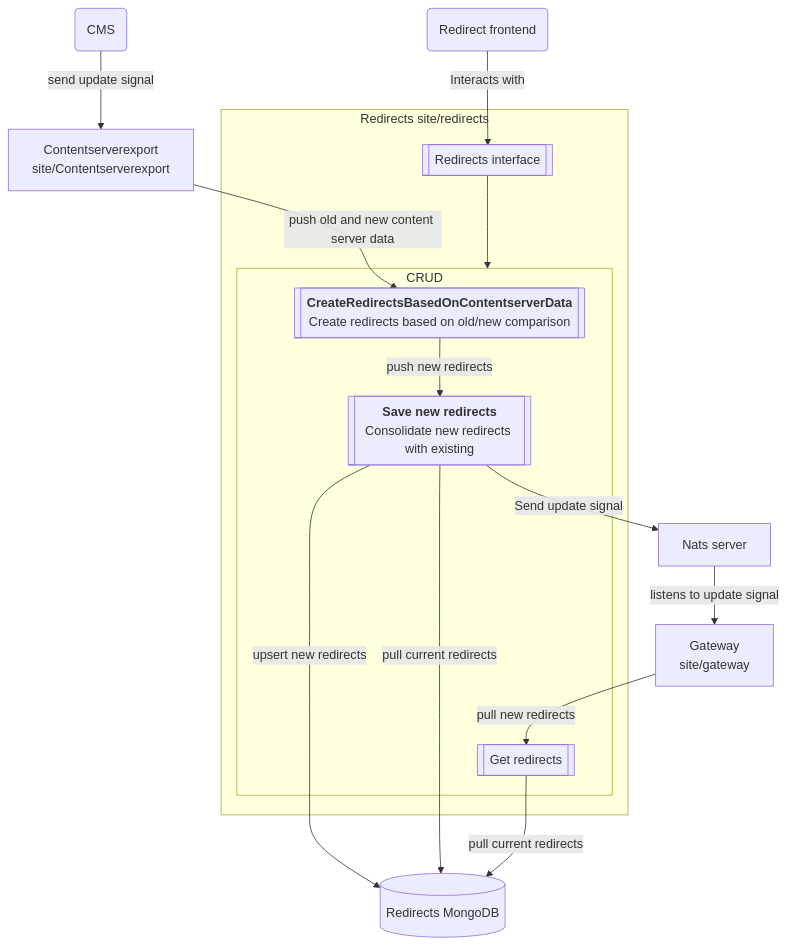
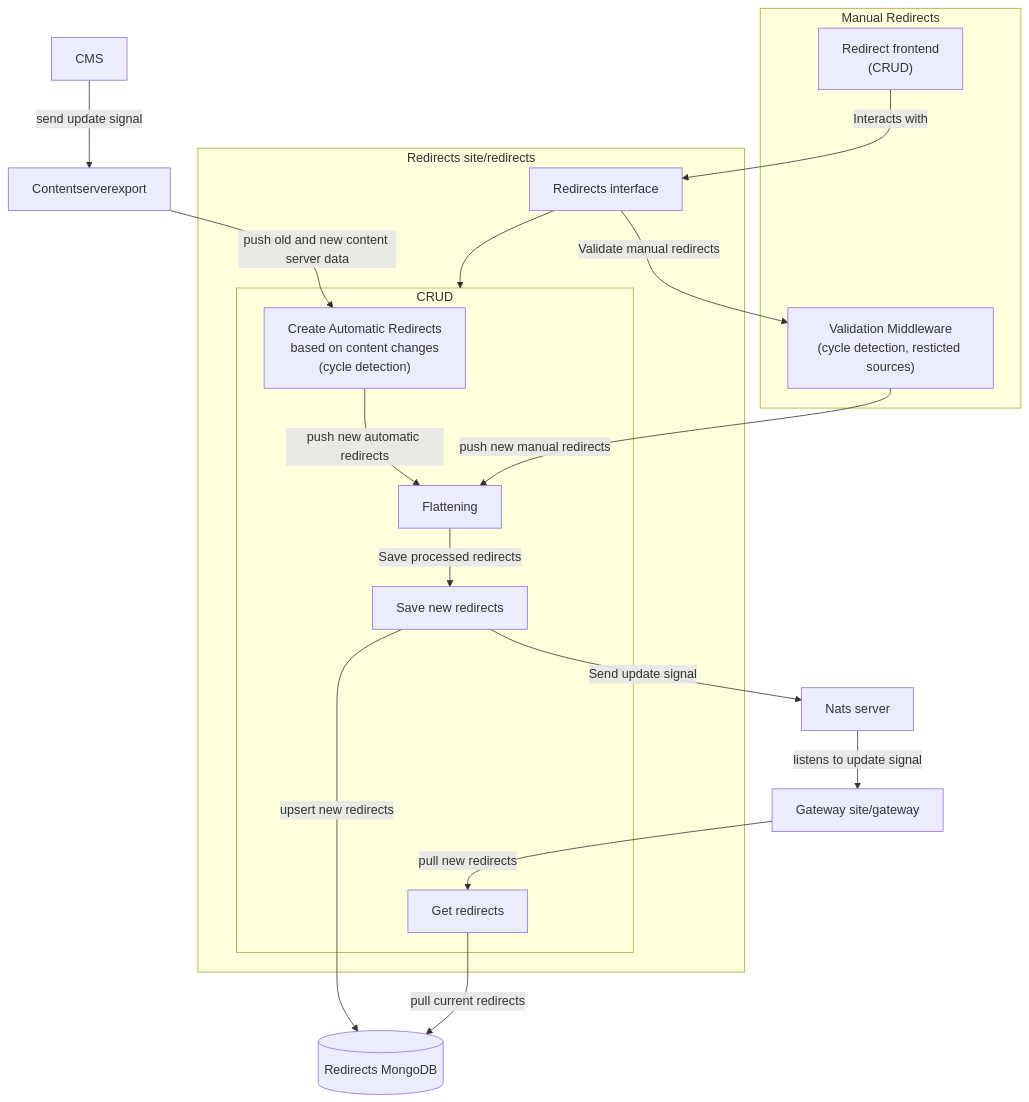
Before and after one commit to foomo/redirects: the diagram in README.md, drawn with Mermaid. The commit also changed other lines of this file and 3 other files, not shown here.

````diff
--- a/README.md
+++ b/README.md
@@ -14,27 +16,29 @@
 ```mermaid
 graph TB
-    cse[Contentserverexport\nsite/Contentserverexport]
-    ns[Nats server]
-    gw[Gateway\nsite/gateway]
-    db[(Redirects MongoDB)]
-    fr(Redirect frontend) -- Interacts with --> interface
-    cms(CMS) -- send update signal --> cse
+    cms[CMS] -- send update signal --> cse[Contentserverexport]
     cse -- push old and new content server data --> create
 
     subgraph Redirects site/redirects
-        interface[[Redirects interface]] --> CRUD
+        interface["Redirects interface"] --> CRUD
         subgraph CRUD
-            save[[<b>Save new redirects</b>\nConsolidate new redirects with existing]]
-            create[[<b>CreateRedirectsBasedOnContentserverData</b>\nCreate redirects based on old/new comparison]]
-            gr[[Get redirects]]
+            save["Save new redirects"]
+            create["Create Automatic Redirects<br>based on content changes<br>(cycle detection)"]
+            flatten["Flattening"]
+            gr["Get redirects"]
         end
-        create -- push new redirects --> save
+        create -- push new automatic redirects --> flatten
+        flatten -- Save processed redirects --> save
+    end
 
+    subgraph Manual Redirects
+        frontend["Redirect frontend<br>(CRUD)"] -- Interacts with --> interface
+        interface -- Validate manual redirects --> validate["Validation Middleware<br>(cycle detection, resticted sources)"]
+        validate -- push new manual redirects --> flatten
     end
-    save --Send update signal --> ns
-    save -- upsert new redirects --> db
-    save -- pull current redirects --> db
+
+    save -- upsert new redirects --> db[(Redirects MongoDB)]
+    save --Send update signal --> ns[Nats server]
     gr -- pull current redirects --> db
-    ns -- listens to update signal --> gw
+    ns -- listens to update signal --> gw[Gateway site/gateway]
     gw -- pull new redirects --> gr
 ```
````
